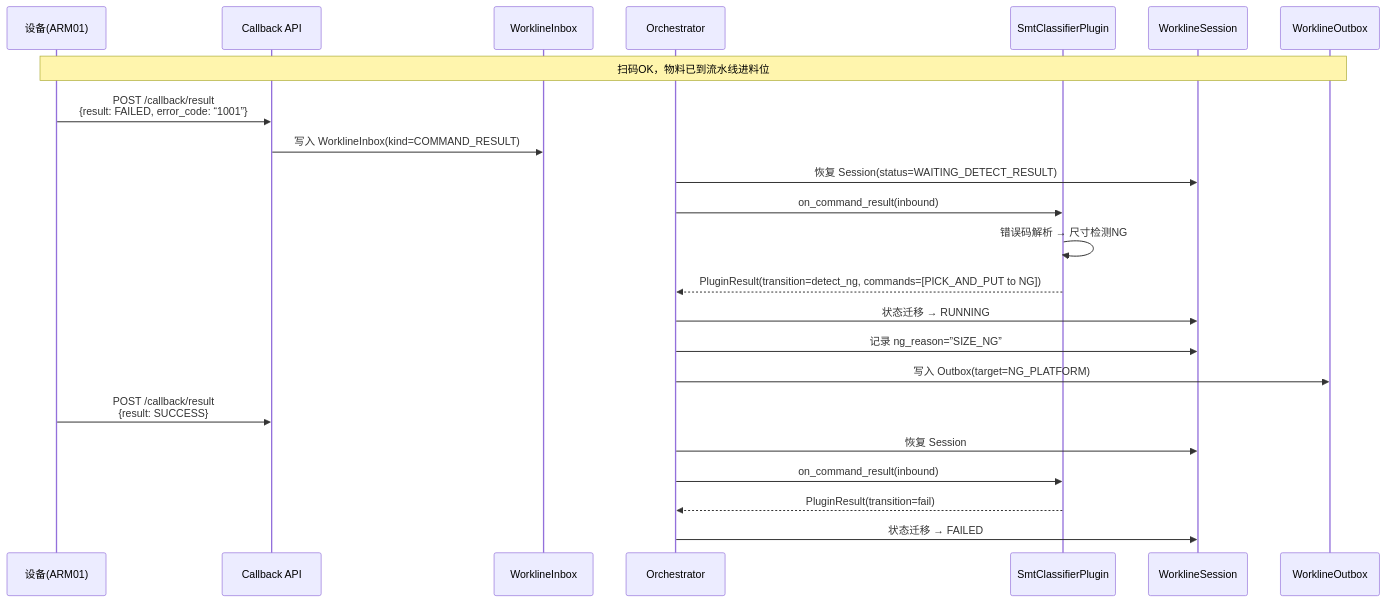
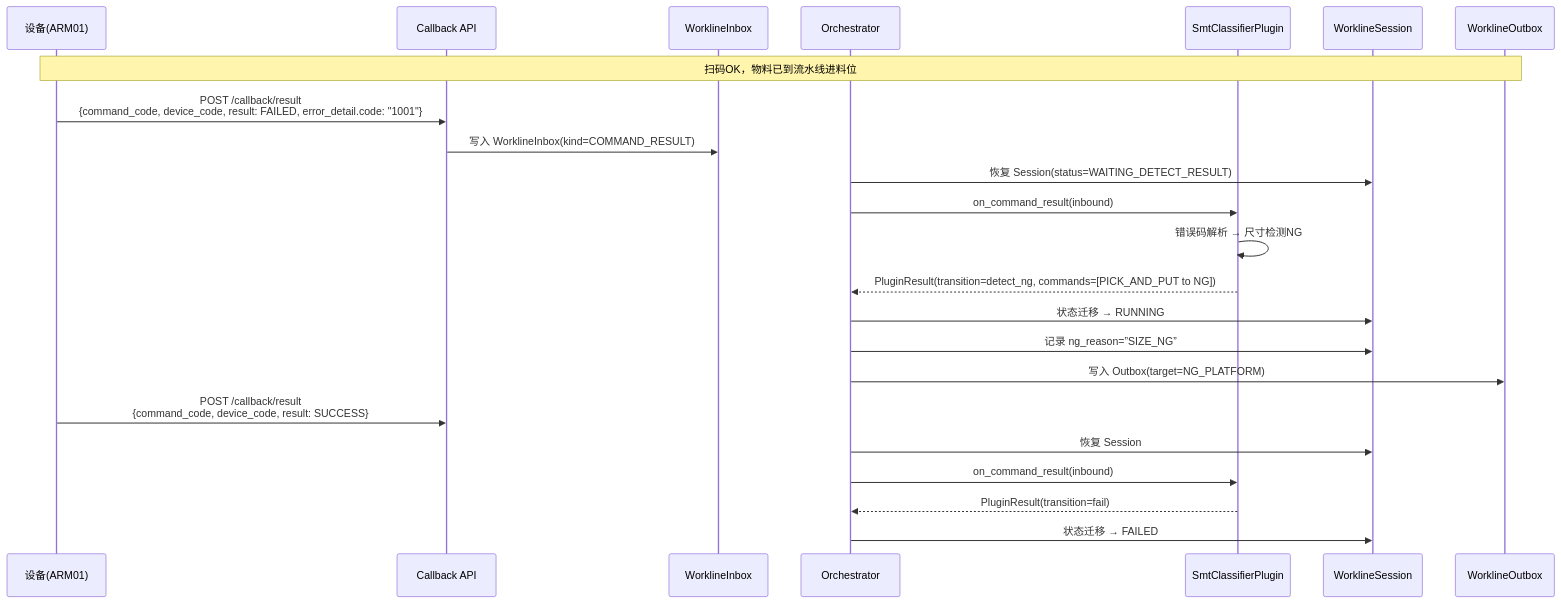
One commit to kaizhoumasha/wes_backend changed the fifth of 8 diagrams in docs/hardware/workline_topology_overview.md. Above: the diagram before and after it, drawn with Mermaid. The commit also changed other lines of this file and 8 other files, not shown here.

````diff
--- a/docs/hardware/workline_topology_overview.md
+++ b/docs/hardware/workline_topology_overview.md
@@ -584,29 +584,29 @@
 ```mermaid
 sequenceDiagram
     participant Device as 设备(ARM01)
     participant API as Callback API
     participant Inbox as WorklineInbox
     participant Orch as Orchestrator
     participant Plugin as SmtClassifierPlugin
     participant Session as WorklineSession
     participant Outbox as WorklineOutbox
 
     Note over Device,Outbox: 扫码OK，物料已到流水线进料位
 
-    Device->>API: POST /callback/result<br/>{result: FAILED, error_code: “1001”}
+    Device->>API: POST /callback/result<br/>{command_code, device_code, result: FAILED, error_detail.code: "1001"}
     API->>Inbox: 写入 WorklineInbox(kind=COMMAND_RESULT)
 
     Orch->>Session: 恢复 Session(status=WAITING_DETECT_RESULT)
     Orch->>Plugin: on_command_result(inbound)
     Plugin->>Plugin: 错误码解析 → 尺寸检测NG
     Plugin-->>Orch: PluginResult(transition=detect_ng, commands=[PICK_AND_PUT to NG])
     Orch->>Session: 状态迁移 → RUNNING
     Orch->>Session: 记录 ng_reason=”SIZE_NG”
     Orch->>Outbox: 写入 Outbox(target=NG_PLATFORM)
 
-    Device->>API: POST /callback/result<br/>{result: SUCCESS}
+    Device->>API: POST /callback/result<br/>{command_code, device_code, result: SUCCESS}
     Orch->>Session: 恢复 Session
     Orch->>Plugin: on_command_result(inbound)
     Plugin-->>Orch: PluginResult(transition=fail)
     Orch->>Session: 状态迁移 → FAILED
 ```
````
